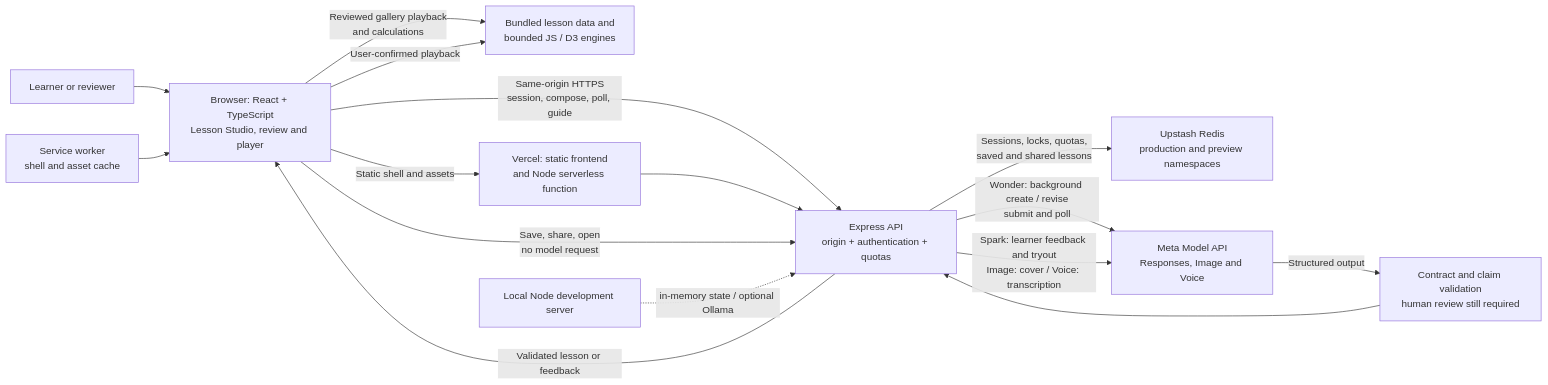
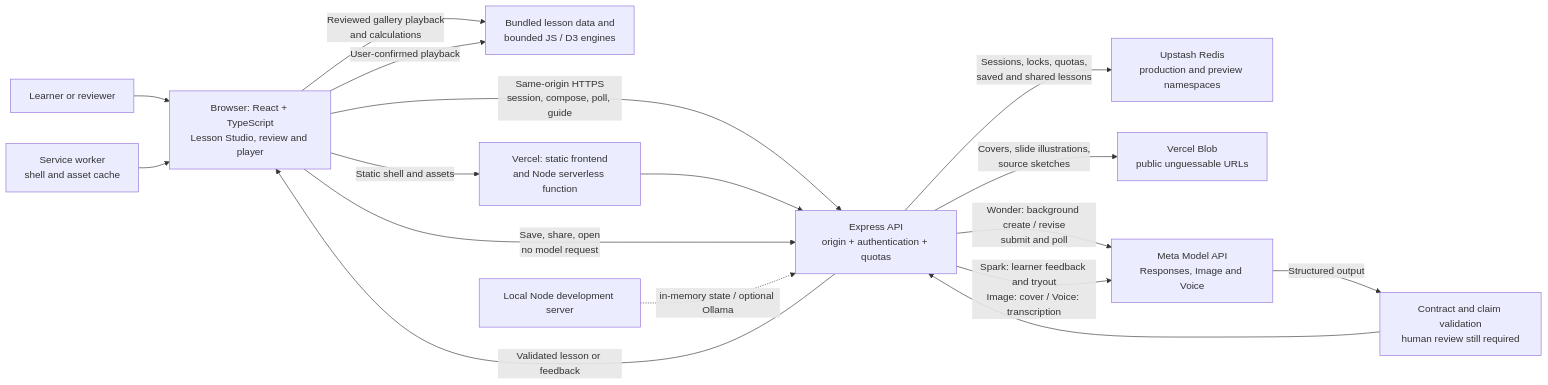
Before and after one commit to dorangao/explainbackapp: the diagram in docs/architecture.md, drawn with Mermaid. The commit also changed other lines of this file and 27 other files, not shown here.

````diff
--- a/docs/architecture.md
+++ b/docs/architecture.md
@@ -5,18 +5,19 @@
 ```mermaid
 flowchart LR
   Learner["Learner or reviewer"] --> Browser["Browser: React + TypeScript<br/>Lesson Studio, review and player"]
   Browser -->|"Reviewed gallery playback<br/>and calculations"| Engine["Bundled lesson data and<br/>bounded JS / D3 engines"]
   Browser -->|"Static shell and assets"| Vercel["Vercel: static frontend<br/>and Node serverless function"]
   SW["Service worker<br/>shell and asset cache"] --> Browser
   Browser -->|"Same-origin HTTPS<br/>session, compose, poll, guide"| API["Express API<br/>origin + authentication + quotas"]
   Vercel --> API
   API -->|"Sessions, locks, quotas,<br/>saved and shared lessons"| Redis["Upstash Redis<br/>production and preview namespaces"]
+  API -->|"Covers, slide illustrations,<br/>source sketches"| Blob["Vercel Blob<br/>public unguessable URLs"]
   Browser -->|"Save, share, open<br/>no model request"| API
   API -->|"Wonder: background create / revise<br/>submit and poll"| Meta["Meta Model API<br/>Responses, Image and Voice"]
   API -->|"Spark: learner feedback and tryout<br/>Image: cover / Voice: transcription"| Meta
   Meta -->|"Structured output"| Validate["Contract and claim validation<br/>human review still required"]
   Validate --> API
   API -->|"Validated lesson or feedback"| Browser
   Browser -->|"User-confirmed playback"| Engine
   Local["Local Node development server"] -.->|"in-memory state / optional Ollama"| API
 ```
````
